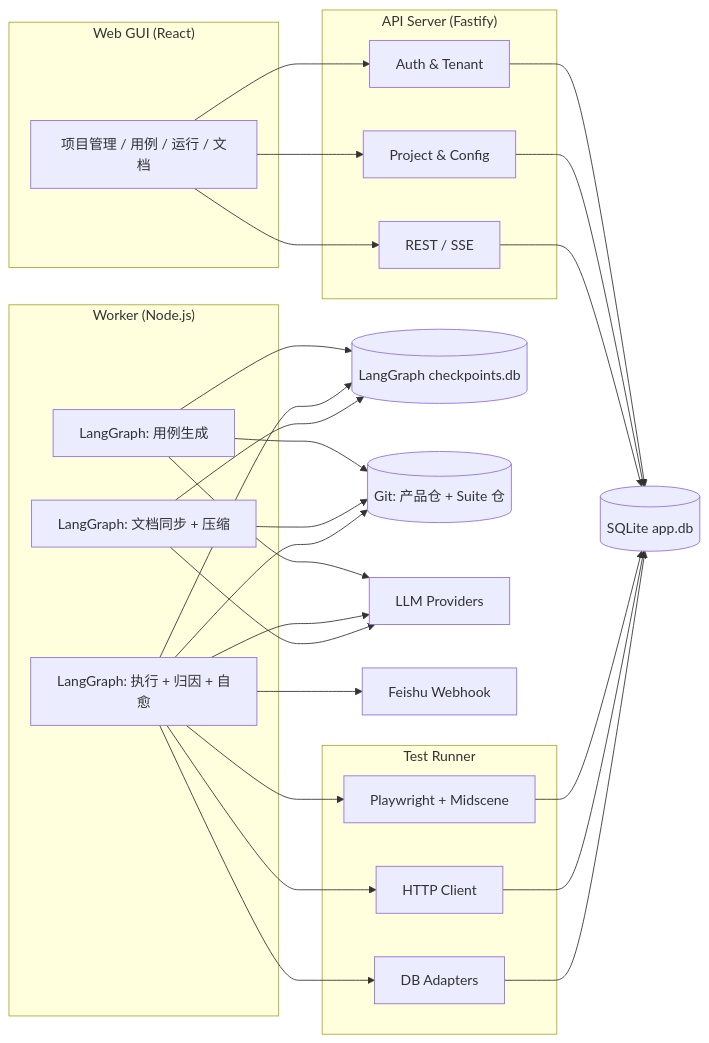
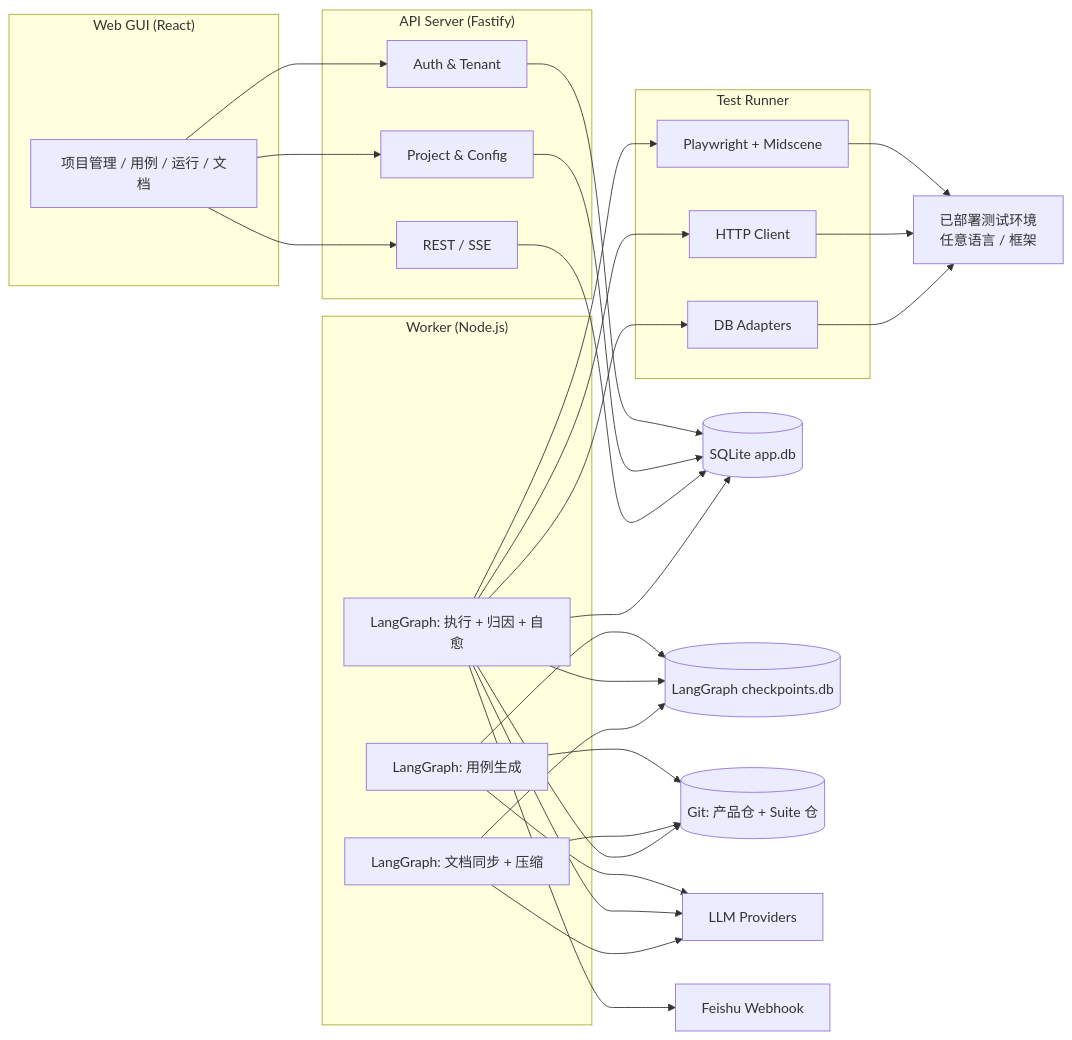
One commit to kilimm/git-ai-test-flow changed the diagram in README.md. Above: the diagram before and after it, drawn with Mermaid. The commit also changed other lines of this file and 1 other file, not shown here.

````diff
--- a/README.md
+++ b/README.md
@@ -23,36 +24,38 @@
 ```mermaid
 flowchart LR
   subgraph UI["Web GUI (React)"]
     A[项目管理 / 用例 / 运行 / 文档]
   end
   subgraph API["API Server (Fastify)"]
     B[Auth & Tenant]
     C[Project & Config]
     D[REST / SSE]
   end
   subgraph Worker["Worker (Node.js)"]
     E[LangGraph: 用例生成]
     F[LangGraph: 执行 + 归因 + 自愈]
     G[LangGraph: 文档同步 + 压缩]
   end
   subgraph Runner["Test Runner"]
     H[Playwright + Midscene]
     I[HTTP Client]
     J[DB Adapters]
   end
+  TARGET[已部署测试环境<br/>任意语言 / 框架]
   DB[(SQLite app.db)]
   CP[(LangGraph checkpoints.db)]
   GIT[(Git: 产品仓 + Suite 仓)]
   LLM[LLM Providers]
   FS[Feishu Webhook]
 
   A --> B & C & D
   B & C & D --> DB
   E & F & G --> CP
   E & F & G --> LLM
   F --> H & I & J
   E & G --> GIT
   F --> GIT
+  F --> DB
   F --> FS
-  H & I & J --> DB
+  H & I & J --> TARGET
 ```
````
